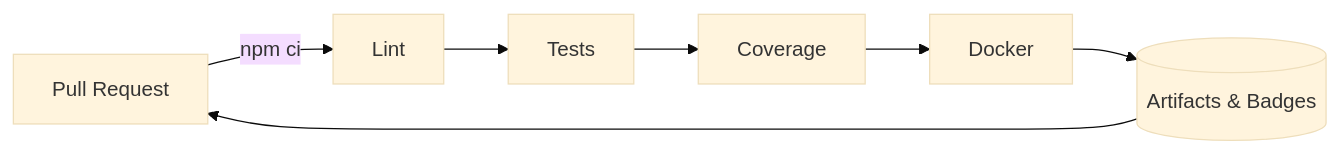
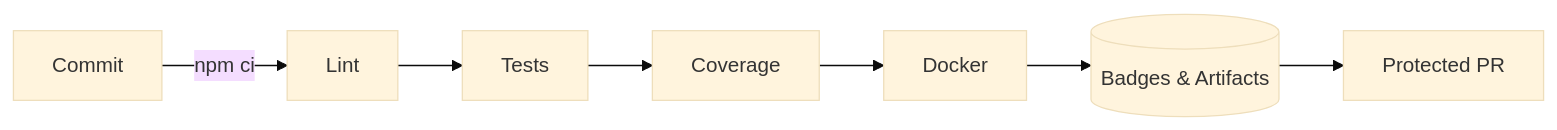
One commit to MontrealAI/AGI-Alpha-Node-v0 changed the fourth of 4 diagrams in README.md. Above: the diagram before and after it, drawn with Mermaid (base theme). The commit also changed other lines of this file, not shown here.

Commit message:
Revamp README with current architecture and operations

````diff
--- a/README.md
+++ b/README.md
@@ -271,9 +296,9 @@
 ```mermaid
 flowchart LR
-  PR[Pull Request] -->|npm ci| Lint
+  Commit -->|npm ci| Lint
   Lint --> Tests
   Tests --> Coverage
   Coverage --> Docker
-  Docker --> Artifacts[(Artifacts & Badges)]
-  Artifacts --> PR
+  Docker --> Badges[(Badges & Artifacts)]
+  Badges --> PullRequest[Protected PR]
 ```
````
